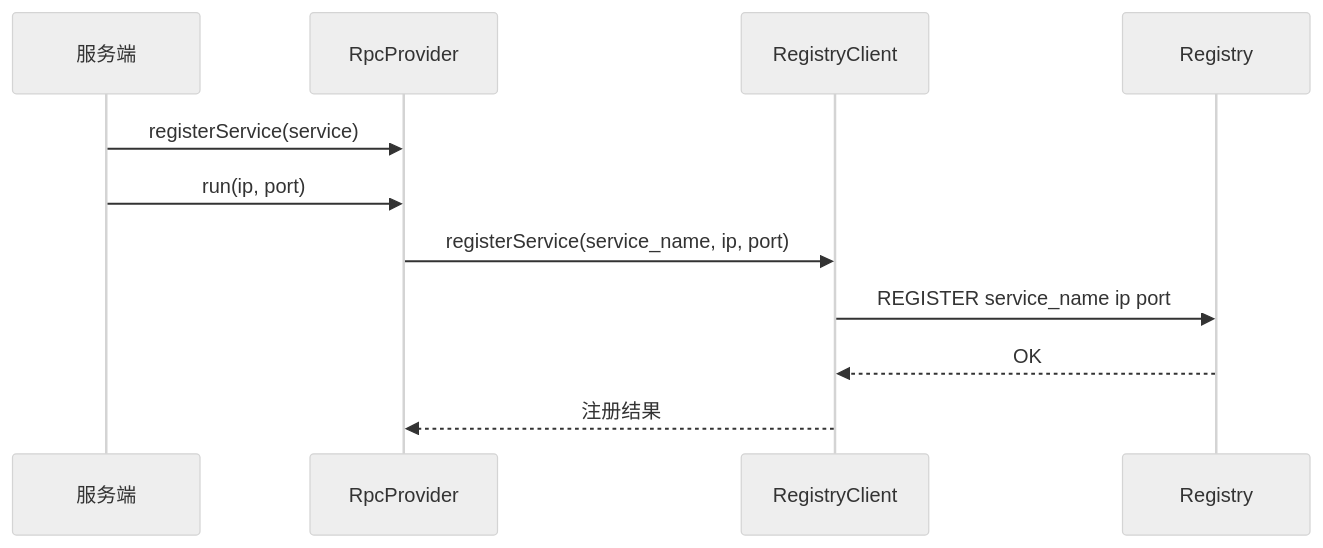
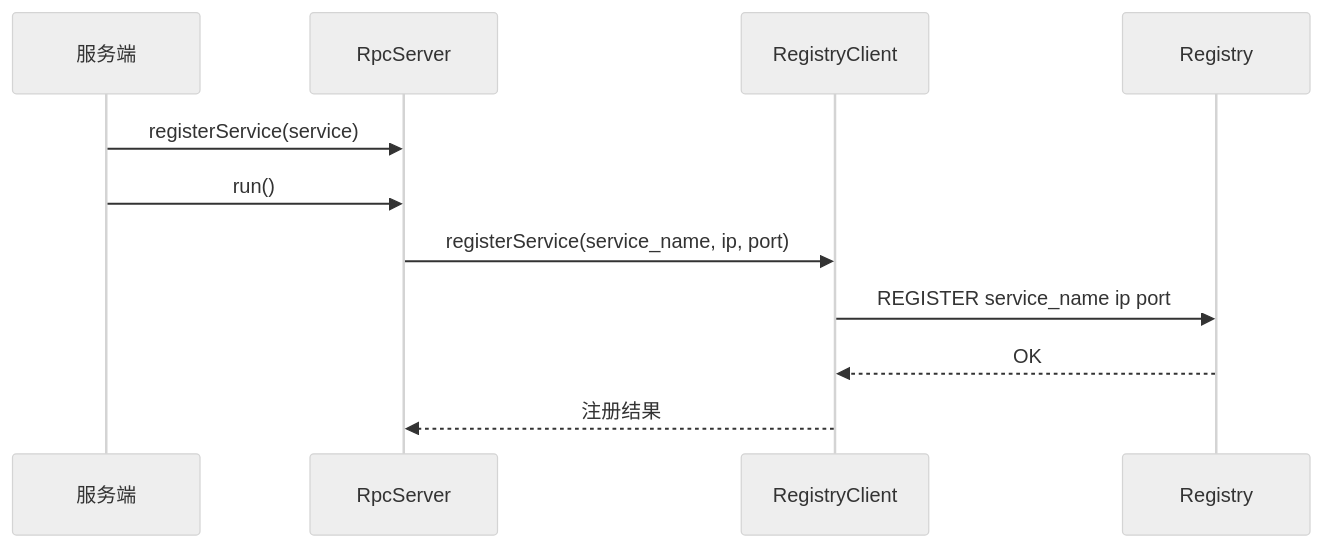
Before and after one commit to lvpiguai/tinyrpc: the first of 2 diagrams in README.md, drawn with Mermaid (neutral theme). The commit also changed other lines of this file and 21 other files, not shown here.

````diff
--- a/README.md
+++ b/README.md
@@ -113,14 +115,14 @@
 ```mermaid
 sequenceDiagram
-    participant Server as 服务端
-    participant Provider as RpcProvider
+    participant App as 服务端
+    participant Server as RpcServer
     participant RegistryClient
     participant Registry
 
-    Server->>Provider: registerService(service)
-    Server->>Provider: run(ip, port)
-    Provider->>RegistryClient: registerService(service_name, ip, port)
+    App->>Server: registerService(service)
+    App->>Server: run()
+    Server->>RegistryClient: registerService(service_name, ip, port)
     RegistryClient->>Registry: REGISTER service_name ip port
     Registry-->>RegistryClient: OK
-    RegistryClient-->>Provider: 注册结果
+    RegistryClient-->>Server: 注册结果
 ```
````
